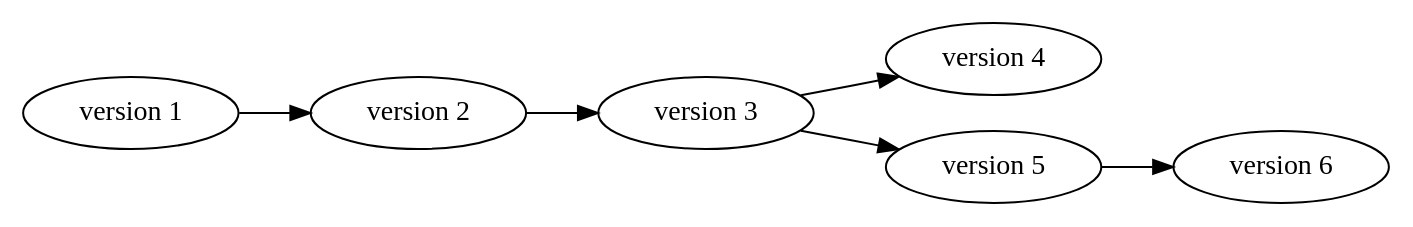
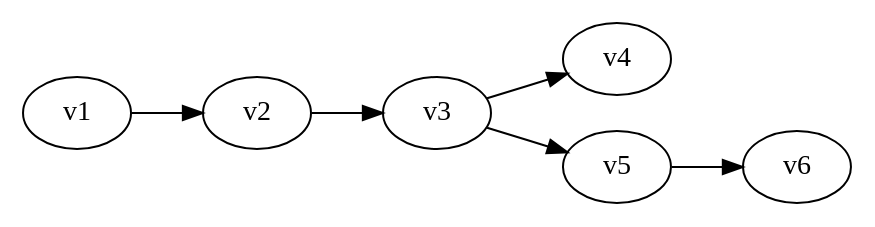
The second of 3 diagrams in theme1/PE103/vcs.qmd (RENCI-NRIG/x-cite), drawn with Graphviz before and after one commit. The commit also changed other lines of this file, not shown here.

````diff
--- a/theme1/PE103/vcs.qmd
+++ b/theme1/PE103/vcs.qmd
@@ -78,18 +73,11 @@
 ```{dot}
 digraph G {
   rankdir=LR;
-
-  v1 [label="version 1"];
-  v2 [label="version 2"];
-  v3 [label="version 3"];
-  v4 [label="version 4"];
-  v5 [label="version 5"];
-  v6 [label="version 6"];  
 
   v1 -> v2;
   v2 -> v3;
   v3 -> v4;
   v3 -> v5;
   v5 -> v6;
 }
 ```
````
